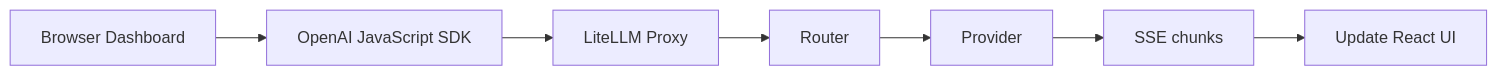
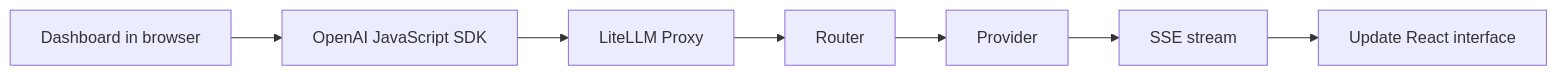
The tenth of 11 diagrams in website/i18n/en/docusaurus-plugin-content-docs/current/knowledge-base/guides/litellm-project-guide.md (zj75968-cpu/docusaurus), drawn with Mermaid before and after one commit. The commit also changed other lines of this file and 1 other file, not shown here.

````diff
--- a/website/i18n/en/docusaurus-plugin-content-docs/current/knowledge-base/guides/litellm-project-guide.md
+++ b/website/i18n/en/docusaurus-plugin-content-docs/current/knowledge-base/guides/litellm-project-guide.md
@@ -400,9 +426,9 @@
 ```mermaid
 flowchart LR
-    A["Browser Dashboard"] --> B["OpenAI JavaScript SDK"]
+    A["Dashboard in browser"] --> B["OpenAI JavaScript SDK"]
     B --> C["LiteLLM Proxy"]
     C --> D["Router"]
     D --> E["Provider"]
-    E --> F["SSE chunks"]
-    F --> G["Update React UI"]
+    E --> F["SSE stream"]
+    F --> G["Update React interface"]
 ```
````
